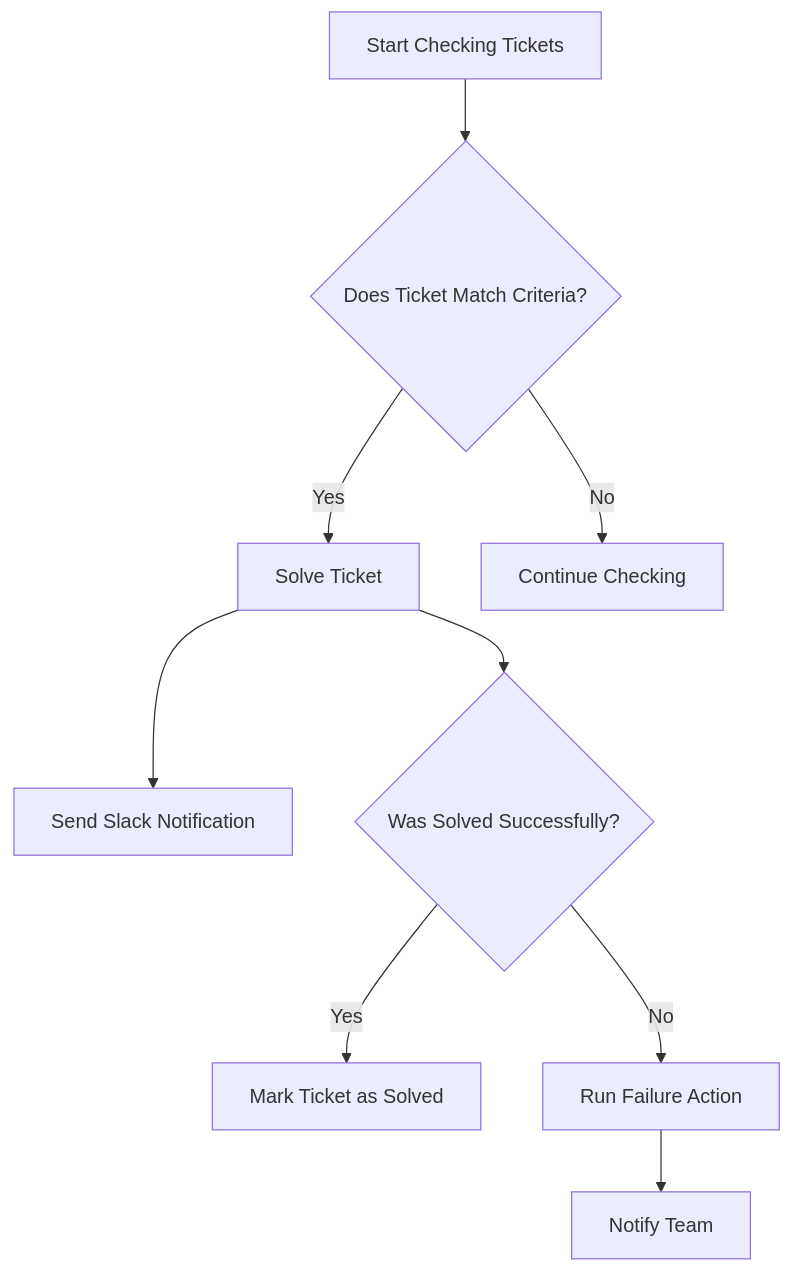
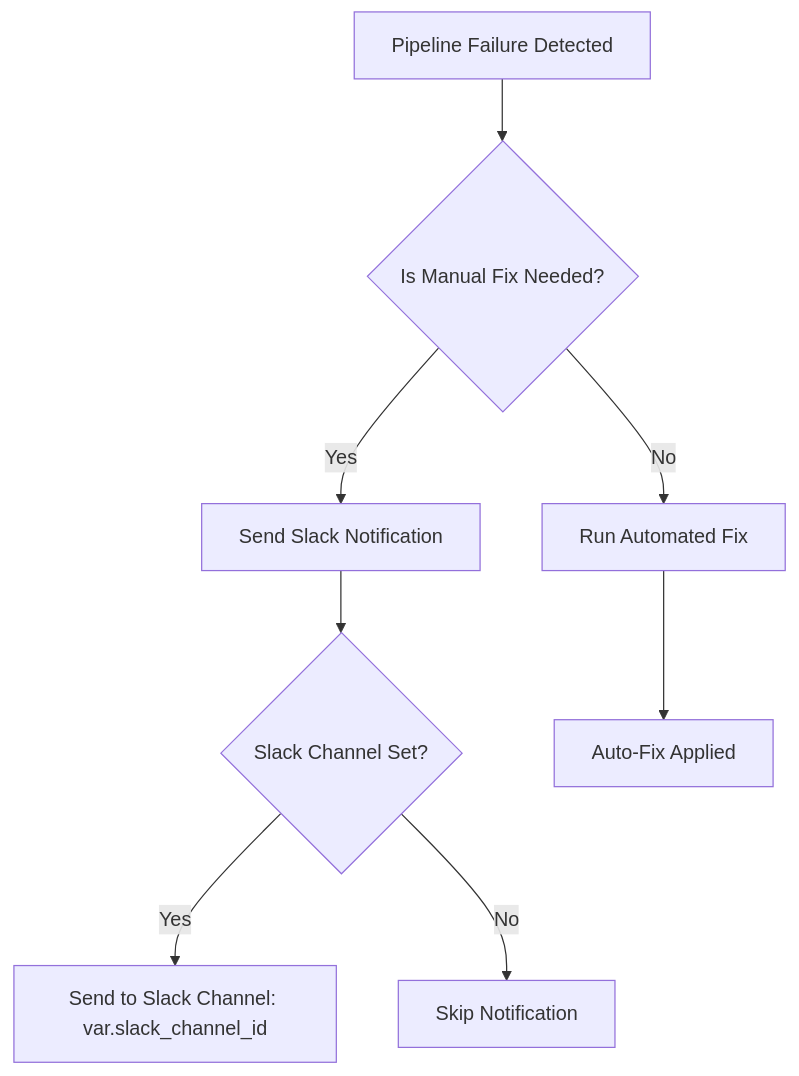
The second of 3 diagrams in jira-ticket-solver/README.md (kubiyabot/terraform-modules), drawn with Mermaid before and after one commit. The commit also changed other lines of this file, not shown here.

````diff
--- a/jira-ticket-solver/README.md
+++ b/jira-ticket-solver/README.md
@@ -22,11 +54,13 @@
 ```mermaid
 graph TD
-    A[Start Checking Tickets] --> B{Does Ticket Match Criteria?}
-    B --> |Yes| C[Solve Ticket]
-    B --> |No| D[Continue Checking]
-    C --> E[Send Slack Notification]
-    C --> F{Was Solved Successfully?}
-    F --> |Yes| G[Mark Ticket as Solved]
-    F --> |No| H[Run Failure Action]
-    H --> I[Notify Team]
+    A[Pipeline Failure Detected] --> B{Is Manual Fix Needed?}
+    B -->|Yes| C[Send Slack Notification]
+    B -->|No| D[Run Automated Fix]
+
+    C --> E{Slack Channel Set?}
+    E -->|Yes| F[Send to Slack Channel: var.slack_channel_id]
+    E -->|No| G[Skip Notification]
+    D --> H[Auto-Fix Applied]
+    
+    click C href "https://github.com/kubiyabot/community-tools/ci-cd-diagnosis"
 ```
````
